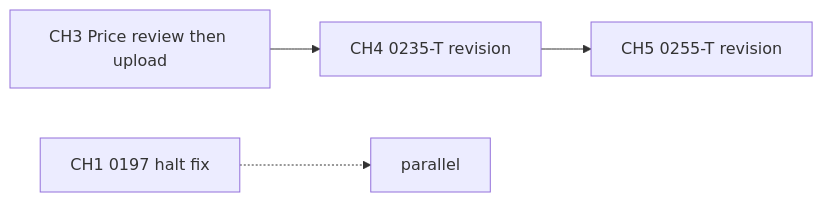
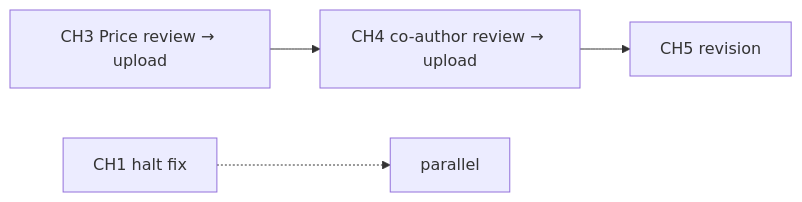
One commit to Jerome3590/pgx-analysis changed the diagram in TODO.md. Above: the diagram before and after it, drawn with Mermaid. The commit also changed other lines of this file, not shown here.

First line of the commit message:
docs: sync TODO.md with CH_3/CH_4 upload gates and manuscript tracking workflow.

````diff
--- a/TODO.md
+++ b/TODO.md
@@ -155,6 +158,6 @@
 ```mermaid
 flowchart LR
-  CH3[CH3 Price review then upload] --> CH4[CH4 0235-T revision]
-  CH4 --> CH5[CH5 0255-T revision]
-  CH1[CH1 0197 halt fix] -.-> parallel
+  CH3[CH3 Price review → upload] --> CH4[CH4 co-author review → upload]
+  CH4 --> CH5[CH5 revision]
+  CH1[CH1 halt fix] -.-> parallel
 ```
````
